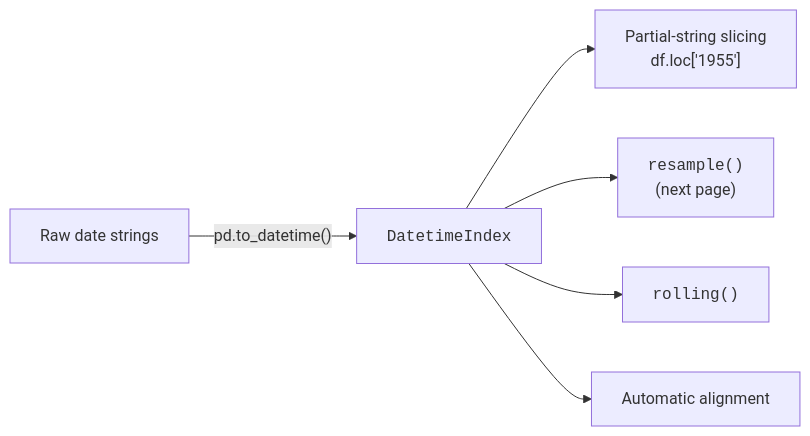
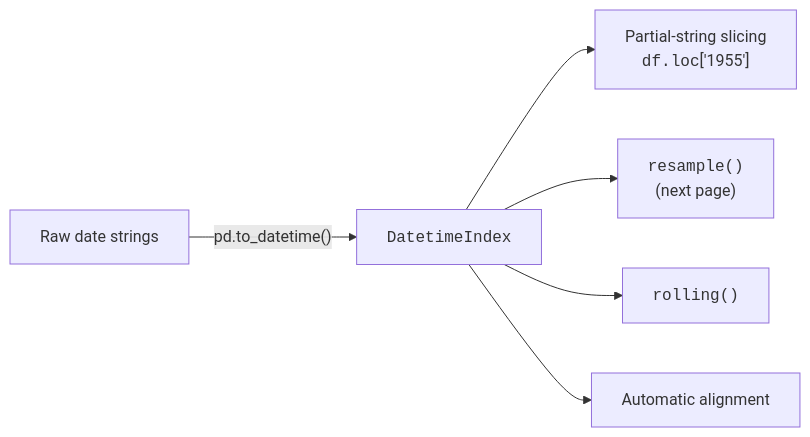
One commit to dataslope/dataslope changed the third of 3 diagrams in content/learn/time-series-analysis-python/the-pandas-timeline.mdx. Above: the diagram before and after it, drawn with Mermaid. The commit also changed 100 other files, not shown here.

First line of the commit message:
Wrap more code in diagram labels: filenames, hex, assignments, subgraph titles

````diff
--- a/content/learn/time-series-analysis-python/the-pandas-timeline.mdx
+++ b/content/learn/time-series-analysis-python/the-pandas-timeline.mdx
@@ -388,8 +388,8 @@
 ```mermaid
 flowchart LR
     S["Raw date strings"] -->|"pd.to_datetime()"| T["<code>DatetimeIndex</code>"]
-    T --> SL["Partial-string slicing<br/>df.loc['1955']"]
+    T --> SL["Partial-string slicing<br/><code>df.loc</code>['1955']"]
     T --> RS["<code>resample()</code><br/>(next page)"]
     T --> RW["<code>rolling()</code>"]
     T --> AL["Automatic alignment"]
 ```
````
